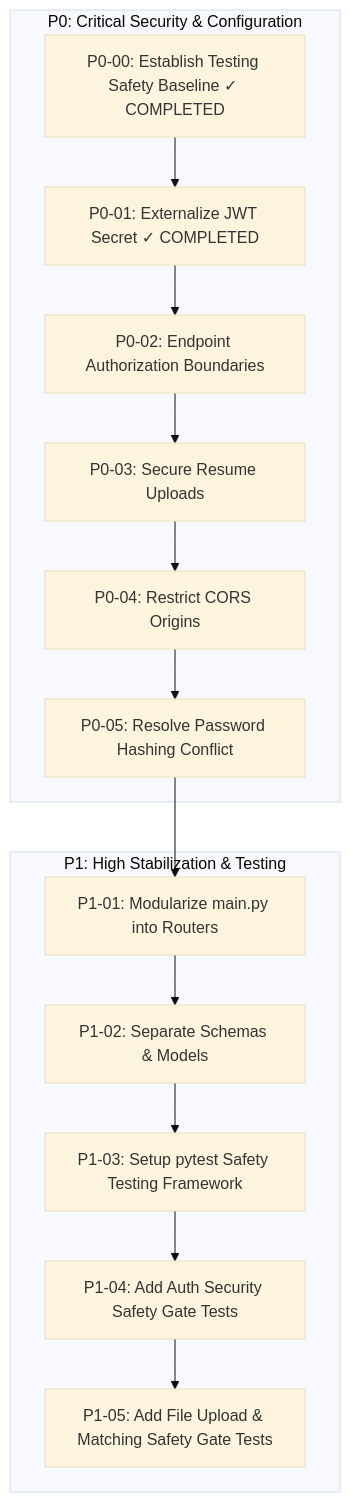
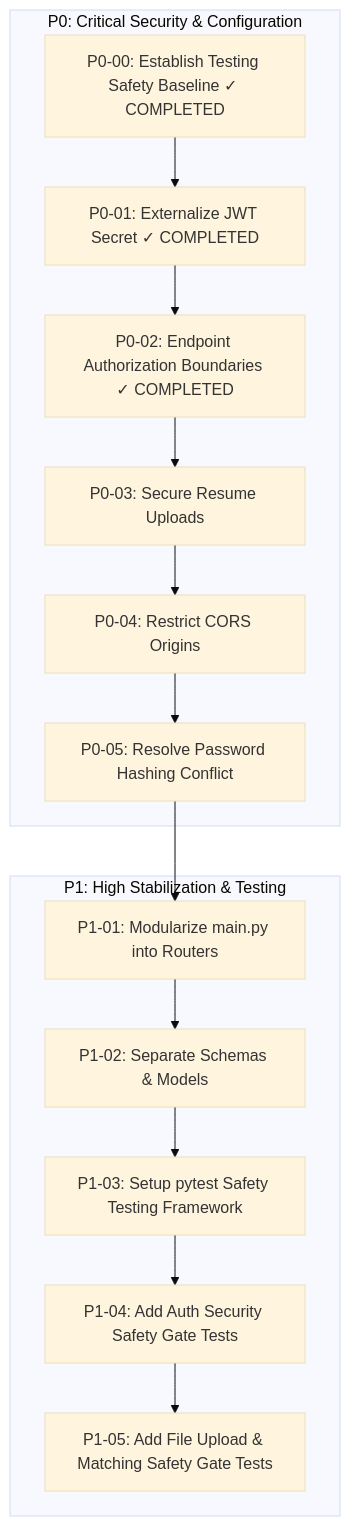
The diagram in docs/ROADMAP.md (AlvinMutie/Job-seer), drawn with Mermaid (base theme) before and after one commit. The commit also changed other lines of this file and 4 other files, not shown here.

````diff
--- a/docs/ROADMAP.md
+++ b/docs/ROADMAP.md
@@ -9,21 +9,21 @@
 ```mermaid
 flowchart TD
     subgraph P0 [P0: Critical Security & Configuration]
         P0-00[P0-00: Establish Testing Safety Baseline ✓ COMPLETED]
         P0-01[P0-01: Externalize JWT Secret ✓ COMPLETED]
-        P0-02[P0-02: Endpoint Authorization Boundaries]
+        P0-02[P0-02: Endpoint Authorization Boundaries ✓ COMPLETED]
         P0-03[P0-03: Secure Resume Uploads]
         P0-04[P0-04: Restrict CORS Origins]
         P0-05[P0-05: Resolve Password Hashing Conflict]
     end
 
     subgraph P1 [P1: High Stabilization & Testing]
         P1-01[P1-01: Modularize main.py into Routers]
         P1-02[P1-02: Separate Schemas & Models]
         P1-03[P1-03: Setup pytest Safety Testing Framework]
         P1-04[P1-04: Add Auth Security Safety Gate Tests]
         P1-05[P1-05: Add File Upload & Matching Safety Gate Tests]
     end
 
     P0-00 --> P0-01 --> P0-02 --> P0-03 --> P0-04 --> P0-05 --> P1-01 --> P1-02 --> P1-03 --> P1-04 --> P1-05
 ```
````
